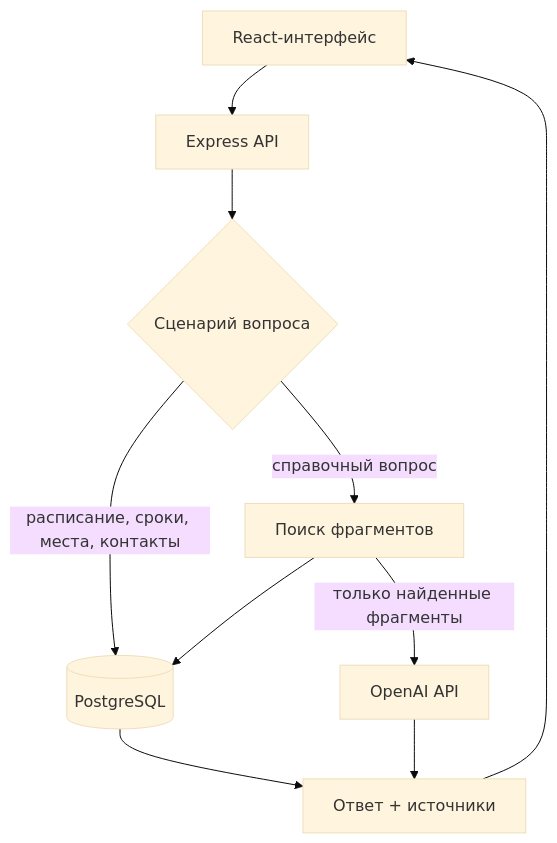
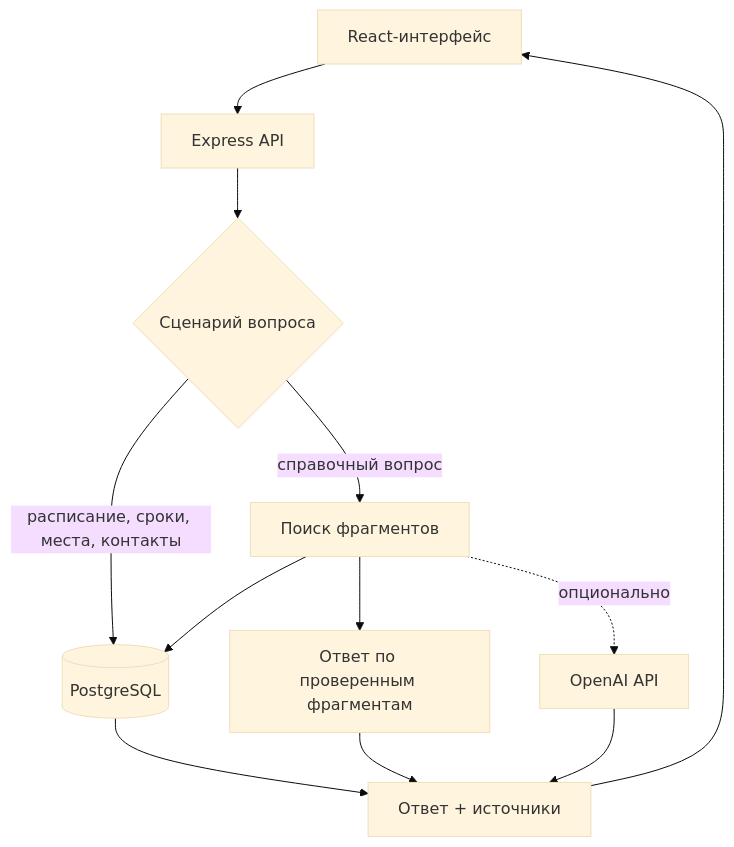
The diagram in docs/MVP_SPEC.md (WebDevveloper/ai-web-application), drawn with Mermaid (base theme) before and after one commit. The commit also changed other lines of this file and 18 other files, not shown here.

````diff
--- a/docs/MVP_SPEC.md
+++ b/docs/MVP_SPEC.md
@@ -35,12 +35,14 @@
 ```mermaid
 flowchart TD
     UI["React-интерфейс"] --> API["Express API"]
     API --> INTENT{"Сценарий вопроса"}
     INTENT -->|расписание, сроки, места, контакты| DB[(PostgreSQL)]
     INTENT -->|справочный вопрос| SEARCH["Поиск фрагментов"]
     SEARCH --> DB
-    SEARCH -->|только найденные фрагменты| LLM["OpenAI API"]
+    SEARCH --> EXTRACT["Ответ по проверенным фрагментам"]
+    SEARCH -.->|опционально| LLM["OpenAI API"]
     DB --> ANSWER["Ответ + источники"]
+    EXTRACT --> ANSWER
     LLM --> ANSWER
     ANSWER --> UI
 ```
````
